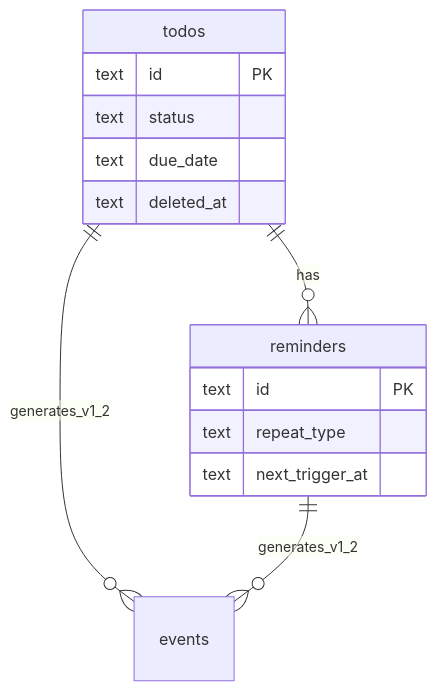
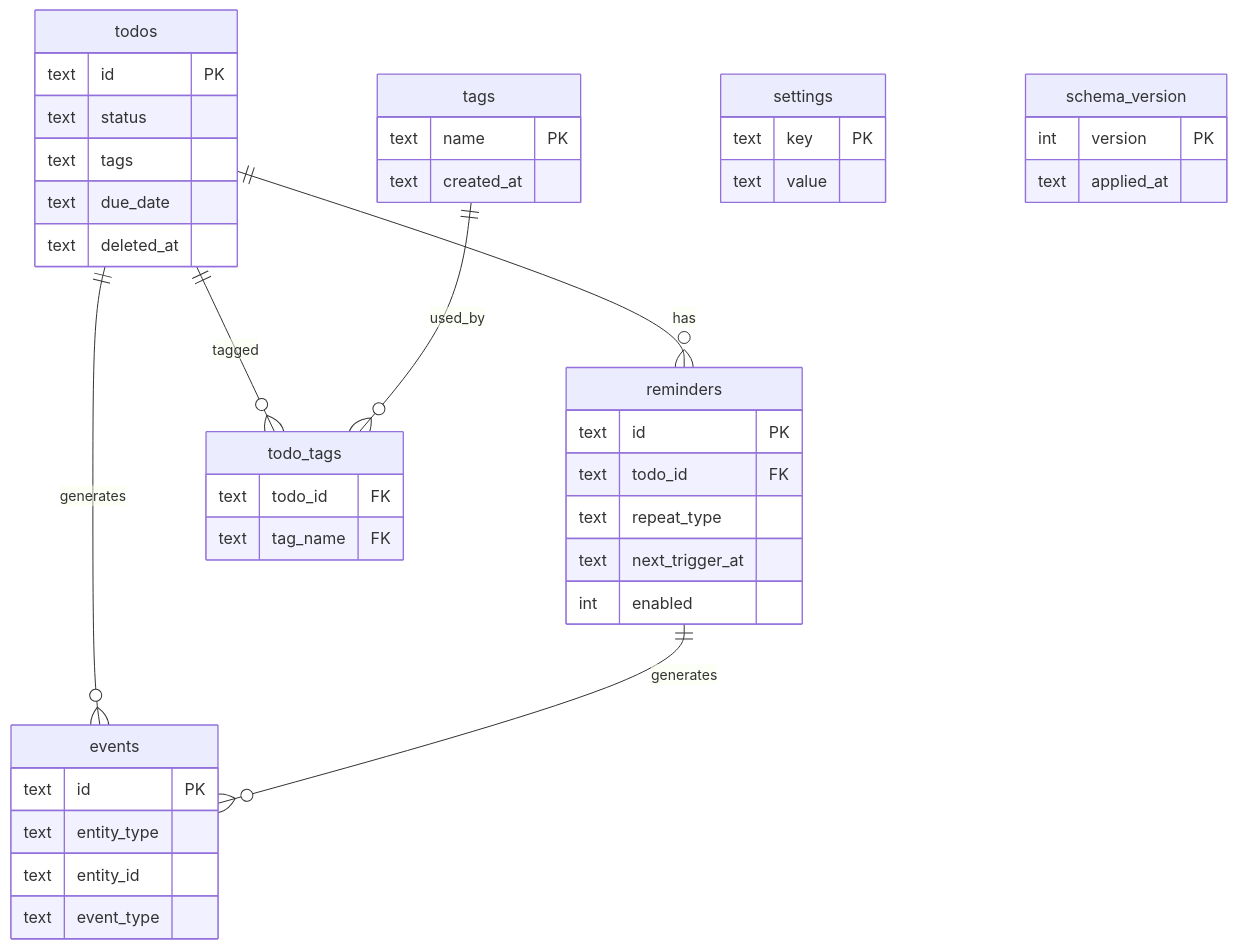
The third of 3 diagrams in doc/技术设计.md (ForOnly/only-todo), drawn with Mermaid before and after one commit. The commit also changed other lines of this file and 9 other files, not shown here.

````diff
--- a/doc/技术设计.md
+++ b/doc/技术设计.md
@@ -461,18 +497,45 @@
 ```mermaid
 erDiagram
     todos ||--o{ reminders : has
-    todos ||--o{ events : generates_v1_2
-    reminders ||--o{ events : generates_v1_2
+    todos ||--o{ todo_tags : tagged
+    tags ||--o{ todo_tags : used_by
+    todos ||--o{ events : generates
+    reminders ||--o{ events : generates
 
     todos {
         text id PK
         text status
+        text tags
         text due_date
         text deleted_at
     }
     reminders {
         text id PK
+        text todo_id FK
         text repeat_type
         text next_trigger_at
+        int enabled
+    }
+    tags {
+        text name PK
+        text created_at
+    }
+    todo_tags {
+        text todo_id FK
+        text tag_name FK
+    }
+    events {
+        text id PK
+        text entity_type
+        text entity_id
+        text event_type
+    }
+    settings {
+        text key PK
+        text value
+    }
+    schema_version {
+        int version PK
+        text applied_at
     }
 ```
````
